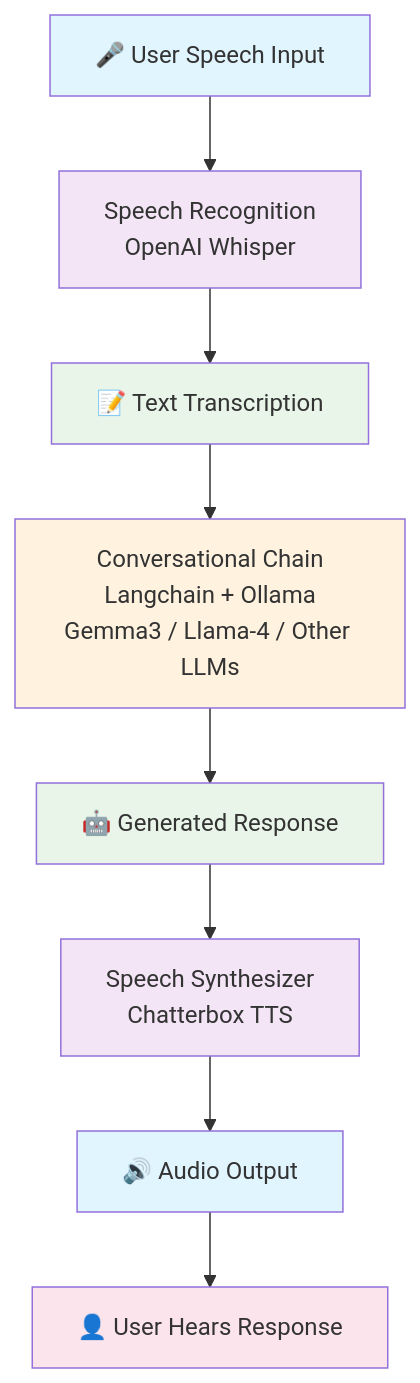
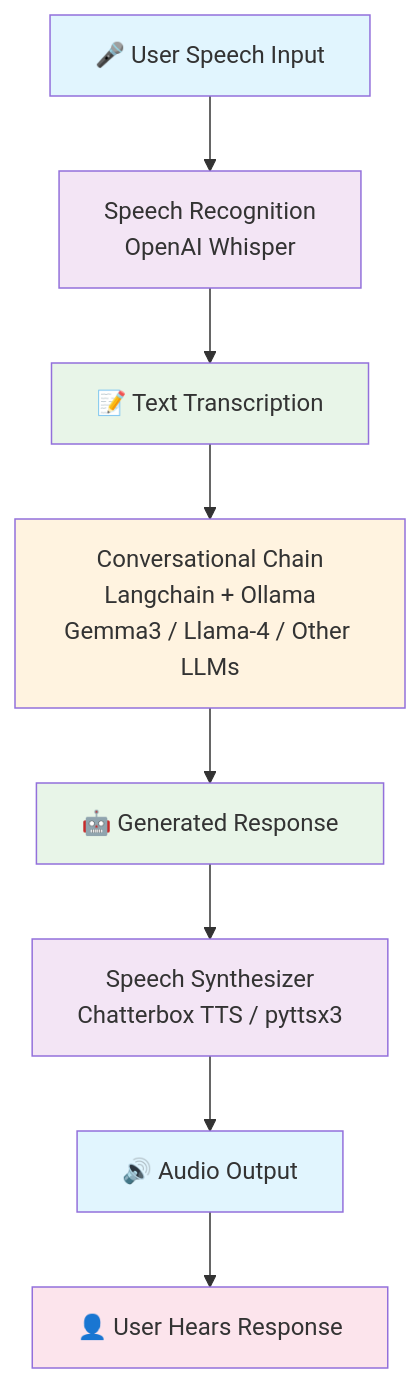
One commit to liuning0820/local-talking-llm changed the diagram in README.md. Above: the diagram before and after it, drawn with Mermaid. The commit also changed other lines of this file, not shown here.

````diff
--- a/README.md
+++ b/README.md
@@ -39,19 +40,19 @@
 ```mermaid
 flowchart TD
     A[🎤 User Speech Input] --> B[Speech Recognition<br/>OpenAI Whisper]
     B --> C[📝 Text Transcription]
     C --> D[Conversational Chain<br/>Langchain + Ollama<br/>Gemma3 / Llama-4 / Other LLMs]
     D --> E[🤖 Generated Response]
-    E --> F[Speech Synthesizer<br/>Chatterbox TTS]
+    E --> F[Speech Synthesizer<br/>Chatterbox TTS / pyttsx3]
     F --> G[🔊 Audio Output]
     G --> H[👤 User Hears Response]
 
     style A fill:#e1f5fe
     style B fill:#f3e5f5
     style C fill:#e8f5e8
     style D fill:#fff3e0
     style E fill:#e8f5e8
     style F fill:#f3e5f5
     style G fill:#e1f5fe
     style H fill:#fce4ec
 ```
````
